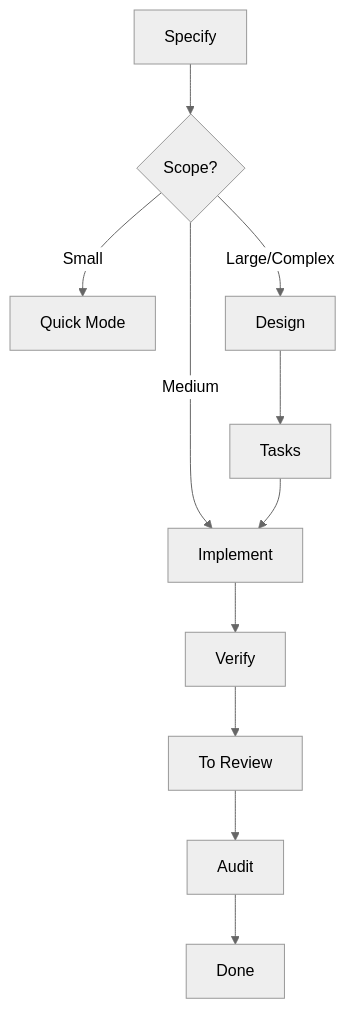
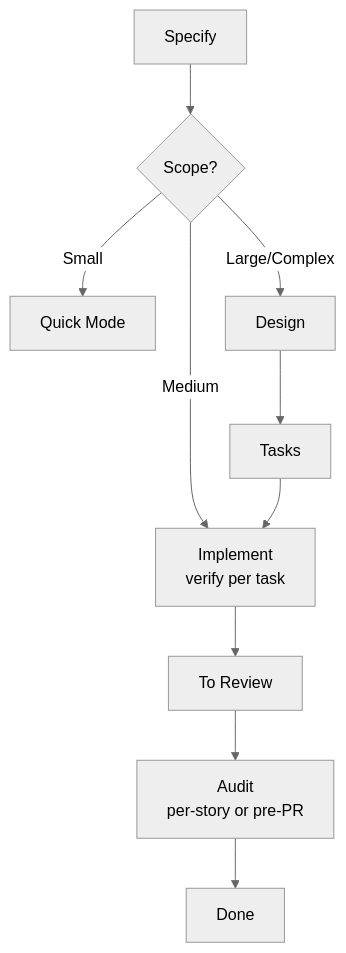
One commit to adeonir/agent-skills changed the diagram in skills/engineering/spec-driven/README.md. Above: the diagram before and after it, drawn with Mermaid (neutral theme). The commit also changed other lines of this file and 8 other files, not shown here.

First line of the commit message:
refactor: align spec-driven boundaries between specify, implement, and audit

````diff
--- a/skills/engineering/spec-driven/README.md
+++ b/skills/engineering/spec-driven/README.md
@@ -11,13 +11,12 @@
 ```mermaid
 flowchart TD
     A[Specify] --> B{Scope?}
     B -->|Small| C[Quick Mode]
-    B -->|Medium| F[Implement]
+    B -->|Medium| F[Implement<br/>verify per task]
     B -->|Large/Complex| D[Design]
     D --> E[Tasks]
     E --> F
-    F --> V[Verify]
-    V --> R[To Review]
-    R --> AU[Audit]
+    F --> R[To Review]
+    R --> AU[Audit<br/>per-story or pre-PR]
     AU --> G[Done]
 ```
````
